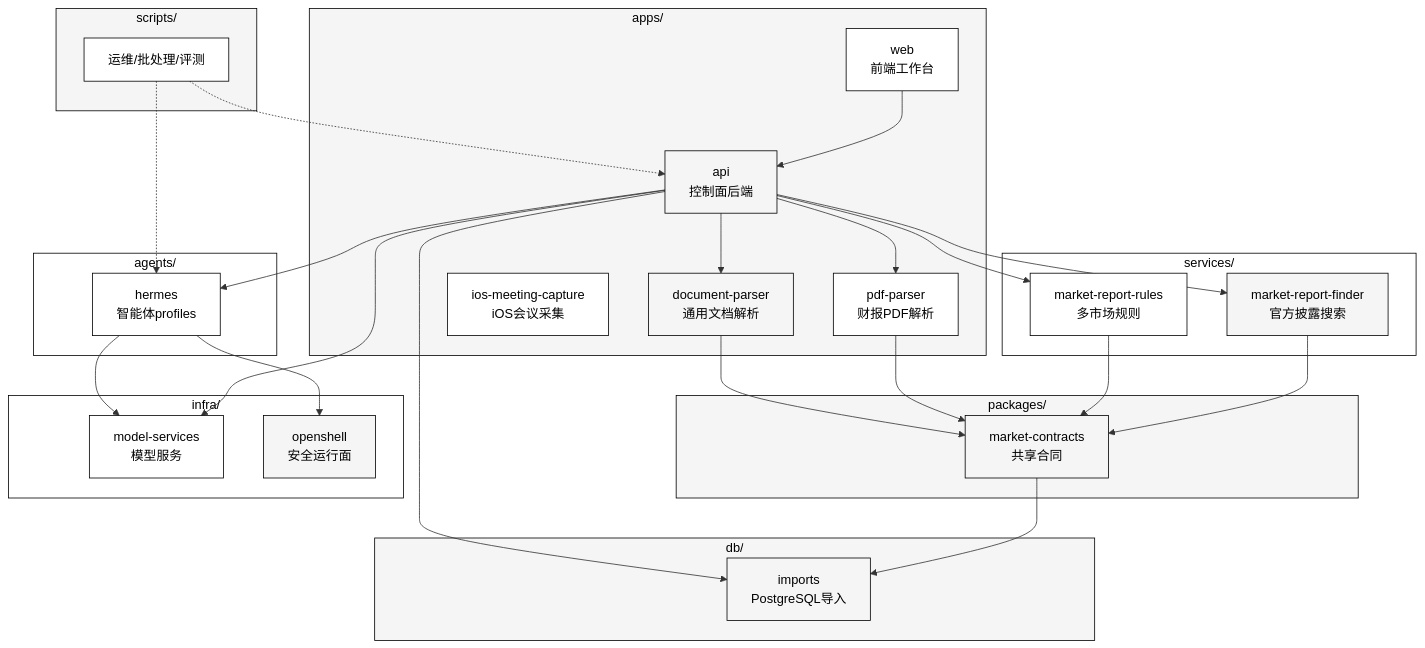
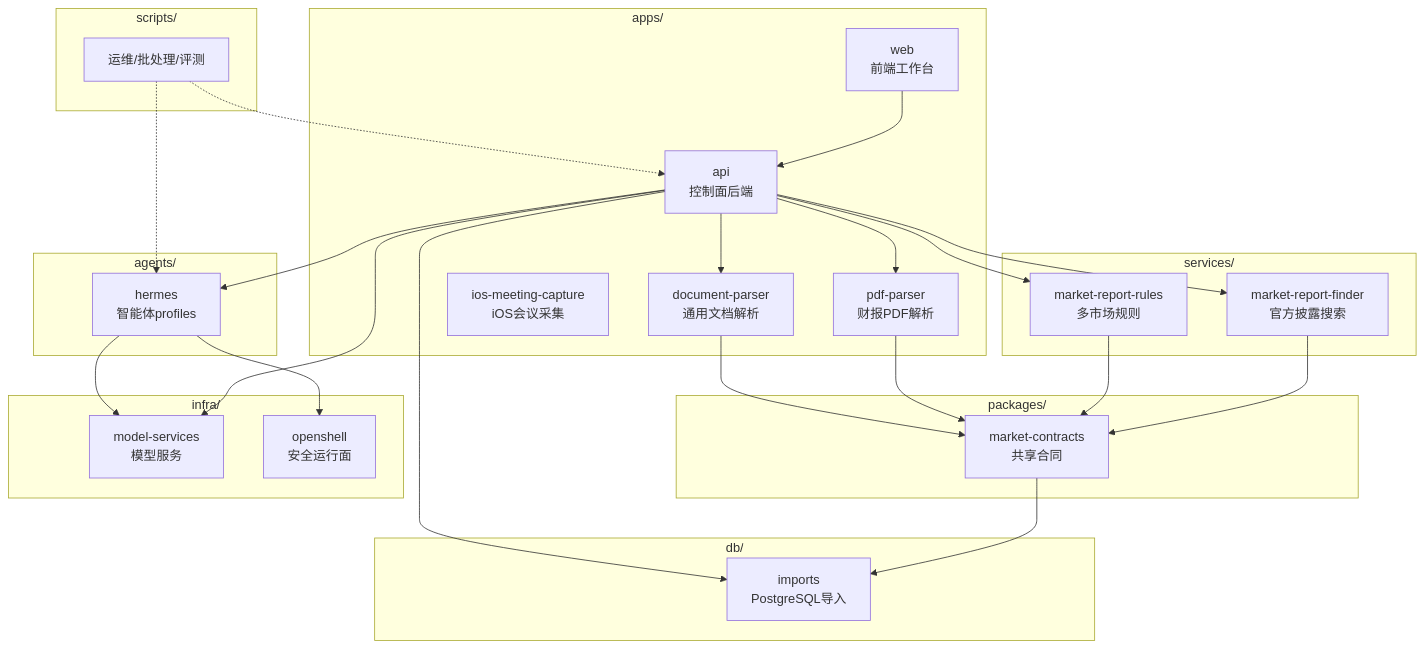
Before and after one commit to maoyadongsh/siq-research-engine: the diagram in docs/site/architecture/modules.md, drawn with Mermaid. The commit also changed 5 other files, not shown here.

First line of the commit message:
docs: make mermaid diagrams theme-aware for dark mode

````diff
--- a/docs/site/architecture/modules.md
+++ b/docs/site/architecture/modules.md
@@ -3,71 +3,51 @@
 ```mermaid
 graph TB
     subgraph Apps["apps/"]
         Web["web<br/>前端工作台"]
         API["api<br/>控制面后端"]
         PdfParser["pdf-parser<br/>财报PDF解析"]
         DocParser["document-parser<br/>通用文档解析"]
         IosCapture["ios-meeting-capture<br/>iOS会议采集"]
     end
 
     subgraph Services["services/"]
         Finder["market-report-finder<br/>官方披露搜索"]
         Rules["market-report-rules<br/>多市场规则"]
     end
 
     subgraph Packages["packages/"]
         Contracts["market-contracts<br/>共享合同"]
     end
 
     subgraph Agents["agents/"]
         Hermes["hermes<br/>智能体profiles"]
     end
 
     subgraph Db["db/"]
         Imports["imports<br/>PostgreSQL导入"]
     end
 
     subgraph Infra["infra/"]
         ModelServices["model-services<br/>模型服务"]
         OpenShell["openshell<br/>安全运行面"]
     end
 
     subgraph Scripts["scripts/"]
         Ops["运维/批处理/评测"]
     end
 
     Web --> API
     API --> PdfParser & DocParser
     API --> Finder & Rules
     Finder & Rules --> Contracts
     PdfParser & DocParser --> Contracts
     API --> Hermes
     Hermes --> OpenShell
     Contracts --> Imports
     API --> Imports
     Ops -.-> API
     Ops -.-> Hermes
     API --> ModelServices
     Hermes --> ModelServices
 
-    style Apps fill:#f5f5f5,stroke:#000,color:#000
-    style Services fill:#fff,stroke:#000,color:#000
-    style Packages fill:#f5f5f5,stroke:#000,color:#000
-    style Agents fill:#fff,stroke:#000,color:#000
-    style Db fill:#f5f5f5,stroke:#000,color:#000
-    style Infra fill:#fff,stroke:#000,color:#000
-    style Scripts fill:#f5f5f5,stroke:#000,color:#000
-    style Web fill:#fff,stroke:#000,color:#000
-    style API fill:#f5f5f5,stroke:#000,color:#000
-    style PdfParser fill:#fff,stroke:#000,color:#000
-    style DocParser fill:#f5f5f5,stroke:#000,color:#000
-    style IosCapture fill:#fff,stroke:#000,color:#000
-    style Finder fill:#f5f5f5,stroke:#000,color:#000
-    style Rules fill:#fff,stroke:#000,color:#000
-    style Contracts fill:#f5f5f5,stroke:#000,color:#000
-    style Hermes fill:#fff,stroke:#000,color:#000
-    style Imports fill:#f5f5f5,stroke:#000,color:#000
-    style ModelServices fill:#fff,stroke:#000,color:#000
-    style OpenShell fill:#f5f5f5,stroke:#000,color:#000
-    style Ops fill:#fff,stroke:#000,color:#000
 ```
````
